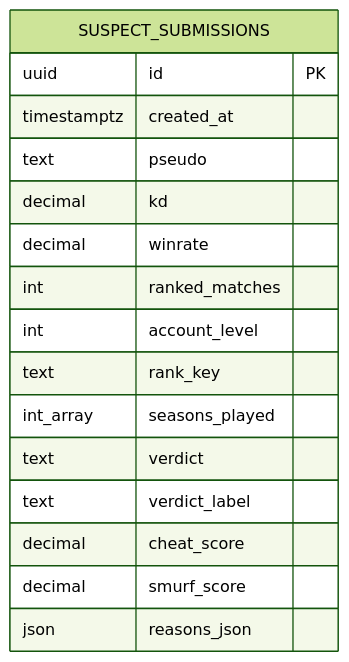
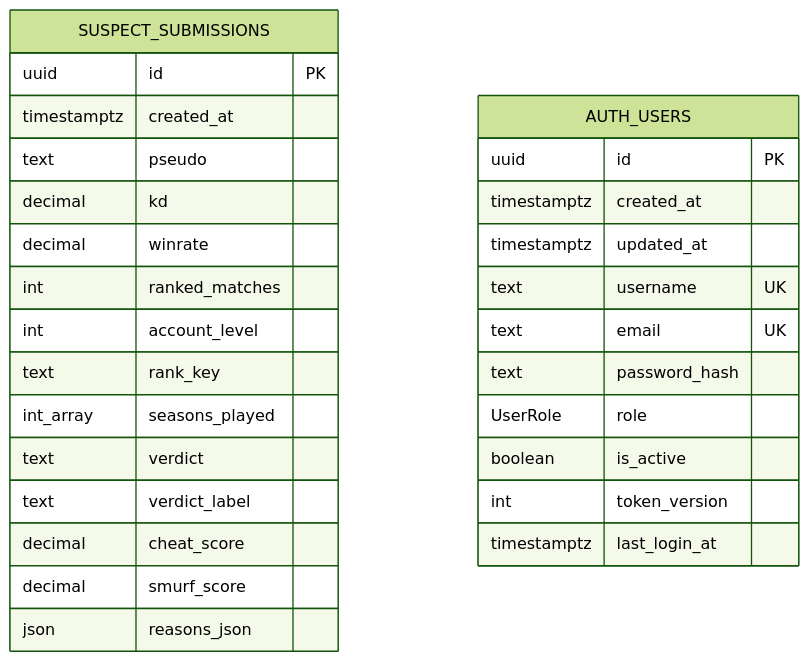
Before and after one commit to triankle/rainbowsixsiege-suspect-tracker: the diagram in docs/DB.md, drawn with Mermaid (forest theme). The commit also changed other lines of this file and 14 other files, not shown here.

Commit message:
feat(auth): add database rbac and token revocation

````diff
--- a/docs/DB.md
+++ b/docs/DB.md
@@ -7,19 +7,31 @@
 ```mermaid
 erDiagram
   SUSPECT_SUBMISSIONS {
     uuid id PK
     timestamptz created_at
     text pseudo
     decimal kd
     decimal winrate
     int ranked_matches
     int account_level
     text rank_key
     int_array seasons_played
     text verdict
     text verdict_label
     decimal cheat_score
     decimal smurf_score
     json reasons_json
   }
+  AUTH_USERS {
+    uuid id PK
+    timestamptz created_at
+    timestamptz updated_at
+    text username UK
+    text email UK
+    text password_hash
+    UserRole role
+    boolean is_active
+    int token_version
+    timestamptz last_login_at
+  }
 ```
````
